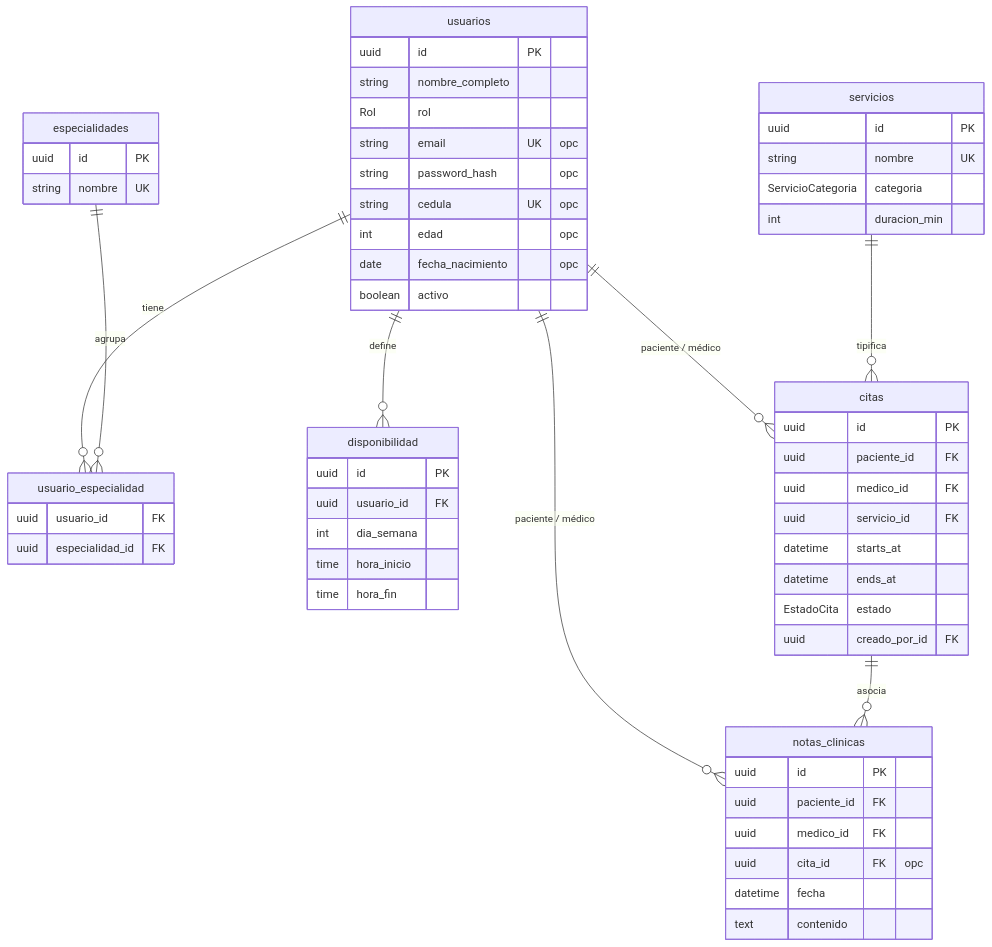
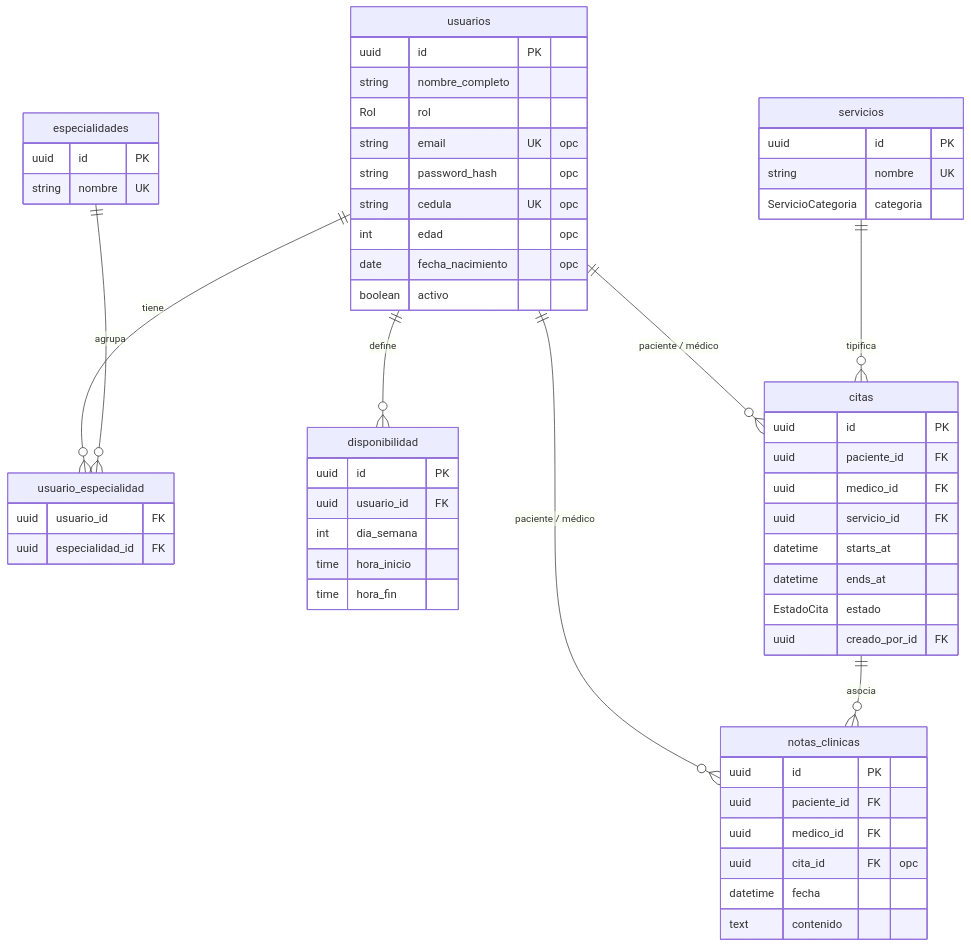
The diagram in docs/MODELO-DATOS.md (DhanaCorredor/diagnostico-backend), drawn with Mermaid before and after one commit. The commit also changed other lines of this file and 9 other files, not shown here.

````diff
--- a/docs/MODELO-DATOS.md
+++ b/docs/MODELO-DATOS.md
@@ -141,49 +140,48 @@
 ```mermaid
 erDiagram
     usuarios ||--o{ usuario_especialidad : tiene
     especialidades ||--o{ usuario_especialidad : agrupa
     usuarios ||--o{ disponibilidad : define
     usuarios ||--o{ citas : "paciente / médico"
     servicios ||--o{ citas : tipifica
     usuarios ||--o{ notas_clinicas : "paciente / médico"
     citas ||--o{ notas_clinicas : asocia
 
     usuarios {
         uuid id PK
         string nombre_completo
         Rol rol
         string email UK "opc"
         string password_hash "opc"
         string cedula UK "opc"
         int edad "opc"
         date fecha_nacimiento "opc"
         boolean activo
     }
     especialidades { uuid id PK
         string nombre UK }
     usuario_especialidad { uuid usuario_id FK
         uuid especialidad_id FK }
     servicios { uuid id PK
         string nombre UK
-        ServicioCategoria categoria
-        int duracion_min }
+        ServicioCategoria categoria }
     disponibilidad { uuid id PK
         uuid usuario_id FK
         int dia_semana
         time hora_inicio
         time hora_fin }
     citas { uuid id PK
         uuid paciente_id FK
         uuid medico_id FK
         uuid servicio_id FK
         datetime starts_at
         datetime ends_at
         EstadoCita estado
         uuid creado_por_id FK }
     notas_clinicas { uuid id PK
         uuid paciente_id FK
         uuid medico_id FK
         uuid cita_id FK "opc"
         datetime fecha
         text contenido }
 ```
````
